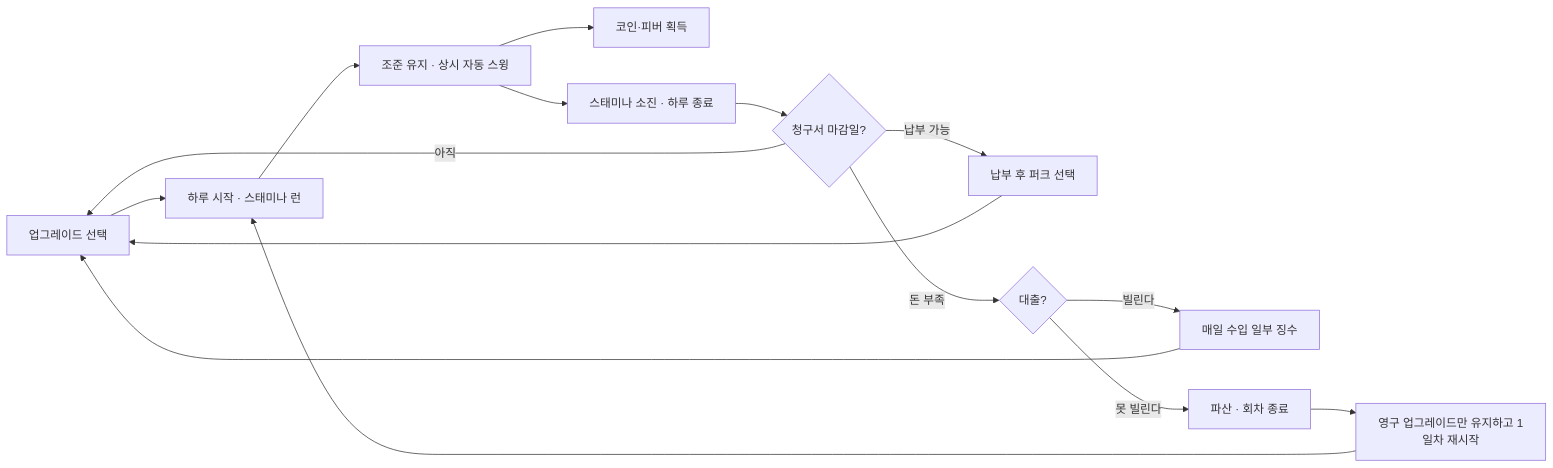
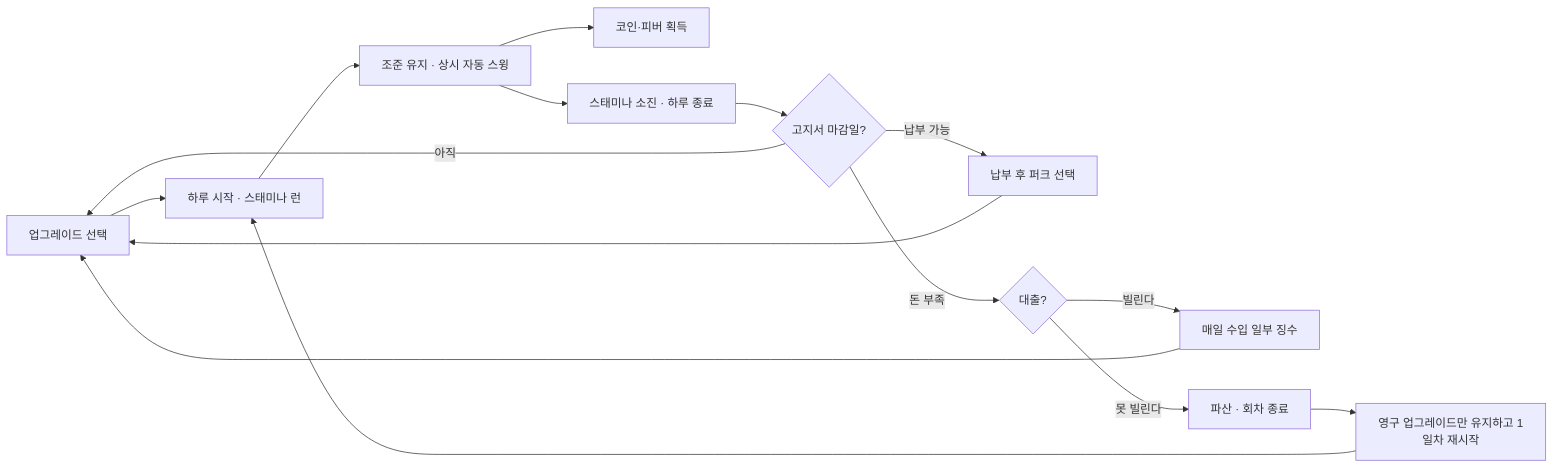
One commit to KDNA-Gwangju-1/NCAIClicker changed the diagram in docs/GDD.md. Above: the diagram before and after it, drawn with Mermaid. The commit also changed other lines of this file and 66 other files, not shown here.

````diff
--- a/docs/GDD.md
+++ b/docs/GDD.md
@@ -56,17 +56,17 @@
 ```mermaid
 flowchart LR
     A[업그레이드 선택] --> B[하루 시작 · 스태미나 런]
     B --> C[조준 유지 · 상시 자동 스윙]
     C --> D[코인·피버 획득]
     C --> E[스태미나 소진 · 하루 종료]
-    E --> G{청구서 마감일?}
+    E --> G{고지서 마감일?}
     G -->|아직| A
     G -->|납부 가능| H[납부 후 퍼크 선택]
     G -->|돈 부족| I{대출?}
     I -->|빌린다| J[매일 수입 일부 징수]
     I -->|못 빌린다| K[파산 · 회차 종료]
     H --> A
     J --> A
     K --> L[영구 업그레이드만 유지하고 1일차 재시작]
     L --> B
 ```
````
